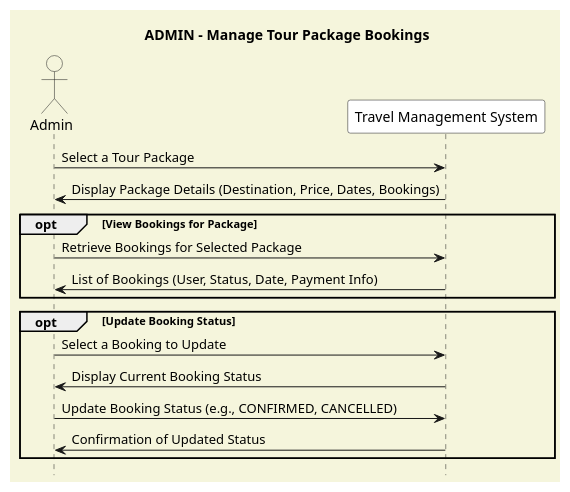
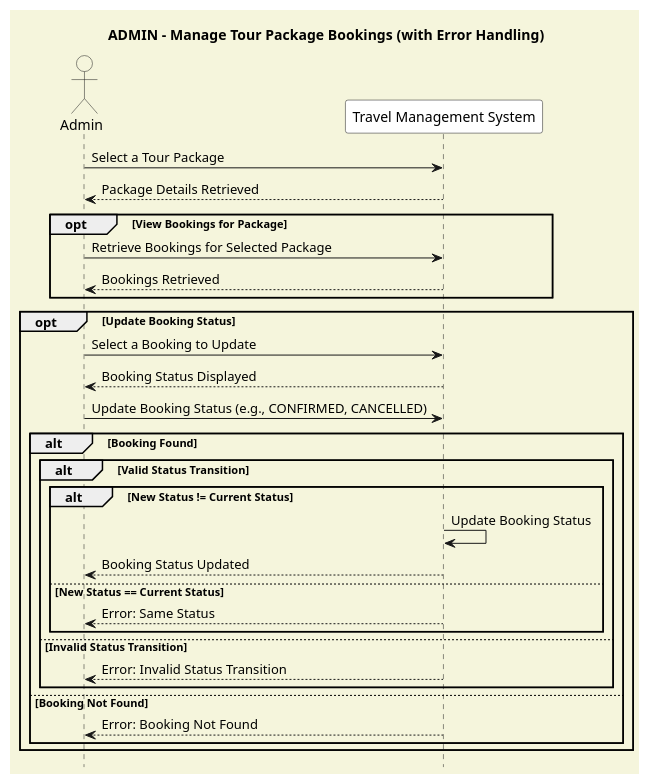
The diagram in diagrams/Sprint3_booking/SSD/Admin1.puml (Hares-2088/TravelTrove), drawn with PlantUML before and after one commit. The commit also changed 3 other files, not shown here.

Commit message:
some diagrams

```diff
--- a/diagrams/Sprint3_booking/SSD/Admin1.puml
+++ b/diagrams/Sprint3_booking/SSD/Admin1.puml
@@ -1,25 +1,39 @@
 @startuml
-title ADMIN - Manage Tour Package Bookings
+title ADMIN - Manage Tour Package Bookings (with Error Handling)
 
 skinparam backgroundColor #F5F5DC
 hide footbox
 
 actor Admin #F5F5DC
 participant "Travel Management System" as TMS #FFFFFF
 
 Admin -> TMS : Select a Tour Package
-TMS -> Admin : Display Package Details (Destination, Price, Dates, Bookings)
+TMS --> Admin : Package Details Retrieved
 
 opt View Bookings for Package
     Admin -> TMS : Retrieve Bookings for Selected Package
-    TMS -> Admin : List of Bookings (User, Status, Date, Payment Info)
+    TMS --> Admin : Bookings Retrieved
 end
 
 opt Update Booking Status
     Admin -> TMS : Select a Booking to Update
-    TMS -> Admin : Display Current Booking Status
+    TMS --> Admin : Booking Status Displayed
     Admin -> TMS : Update Booking Status (e.g., CONFIRMED, CANCELLED)
-    TMS -> Admin : Confirmation of Updated Status
+
+    alt Booking Found
+        alt Valid Status Transition
+            alt New Status != Current Status
+                TMS -> TMS : Update Booking Status
+                TMS --> Admin : Booking Status Updated
+            else New Status == Current Status
+                TMS --> Admin : Error: Same Status
+            end
+        else Invalid Status Transition
+            TMS --> Admin : Error: Invalid Status Transition
+        end
+    else Booking Not Found
+        TMS --> Admin : Error: Booking Not Found
+    end
 end
 
 @enduml
```
